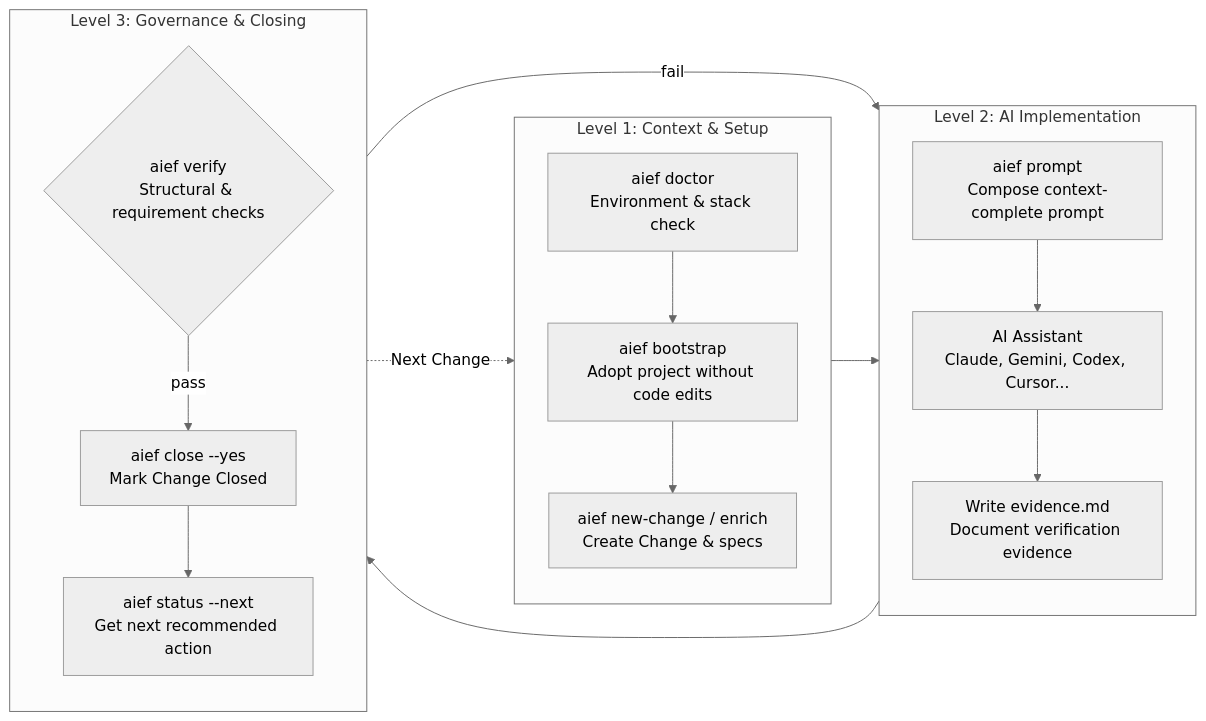
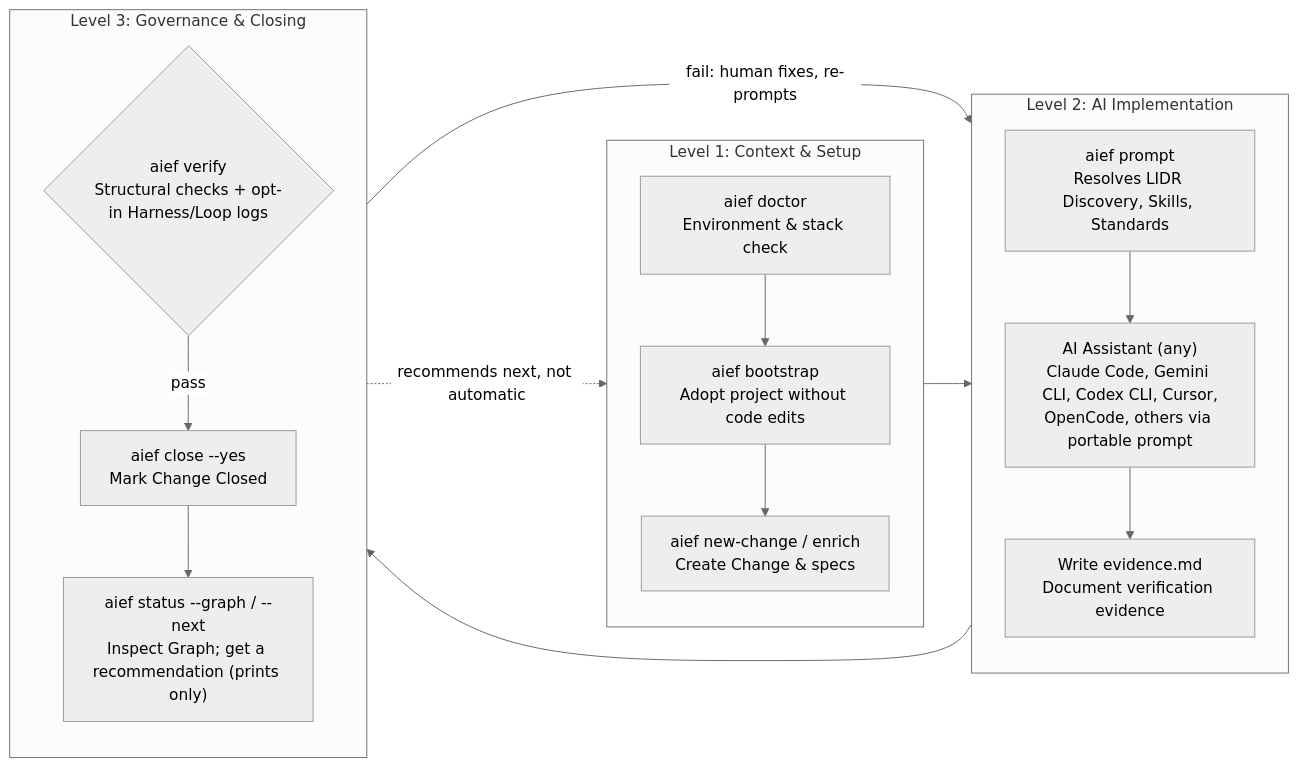
The diagram in README.md (avazquezmaza/aief-next), drawn with Mermaid (neutral theme) before and after one commit. The commit also changed other lines of this file and 13 other files, not shown here.

````diff
--- a/README.md
+++ b/README.md
@@ -48,26 +48,26 @@
 ```mermaid
 flowchart LR
     subgraph L1["Level 1: Context & Setup"]
         direction TB
         A["aief doctor<br/>Environment & stack check"] --> B["aief bootstrap<br/>Adopt project without code edits"]
         B --> C["aief new-change / enrich<br/>Create Change & specs"]
     end
 
     subgraph L2["Level 2: AI Implementation"]
         direction TB
-        D["aief prompt<br/>Compose context-complete prompt"] --> E["AI Assistant<br/>Claude, Gemini, Codex, Cursor..."]
+        D["aief prompt<br/>Resolves LIDR Discovery, Skills, Standards"] --> E["AI Assistant (any)<br/>Claude Code, Gemini CLI, Codex CLI, Cursor,<br/>OpenCode, others via portable prompt"]
         E --> F["Write evidence.md<br/>Document verification evidence"]
     end
 
     subgraph L3["Level 3: Governance & Closing"]
         direction TB
-        G{"aief verify<br/>Structural & requirement checks"}
-        G -->|fail| D
+        G{"aief verify<br/>Structural checks + opt-in Harness/Loop logs"}
+        G -->|fail: human fixes, re-prompts| D
         G -->|pass| H["aief close --yes<br/>Mark Change Closed"]
-        H --> I["aief status --next<br/>Get next recommended action"]
+        H --> I["aief status --graph / --next<br/>Inspect Graph; get a recommendation (prints only)"]
     end
 
     C --> D
     F --> G
-    I -.->|Next Change| C
+    I -.->|recommends next, not automatic| C
 ```
````
